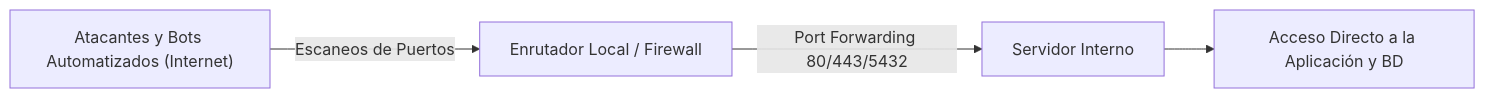
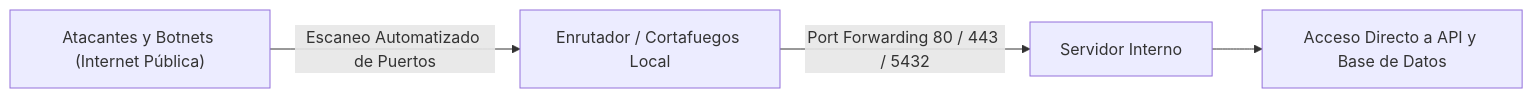
One commit to Pascal-Thommen/pascal-thommen.github.io changed the first of 3 diagrams in content/posts/upa-campus-app-architecture-part-3/index.es.md. Above: the diagram before and after it, drawn with Mermaid. The commit also changed other lines of this file and 20 other files, not shown here.

Commit message:
feat(posts): refine UPA Campus App architecture series with holistic webapp mental model and specification depth

````diff
--- a/content/posts/upa-campus-app-architecture-part-3/index.es.md
+++ b/content/posts/upa-campus-app-architecture-part-3/index.es.md
@@ -28,6 +28,6 @@
 ```mermaid
 flowchart LR
-    Attacker["Atacantes y Bots Automatizados (Internet)"] -->|Escaneos de Puertos| Router["Enrutador Local / Firewall"]
-    Router -->|Port Forwarding 80/443/5432| Server["Servidor Interno"]
-    Server --> Exploit["Acceso Directo a la Aplicación y BD"]
+    Attacker["Atacantes y Botnets (Internet Pública)"] -->|Escaneo Automatizado de Puertos| Router["Enrutador / Cortafuegos Local"]
+    Router -->|Port Forwarding 80 / 443 / 5432| Server["Servidor Interno"]
+    Server --> Exploit["Acceso Directo a API y Base de Datos"]
 ```
````
